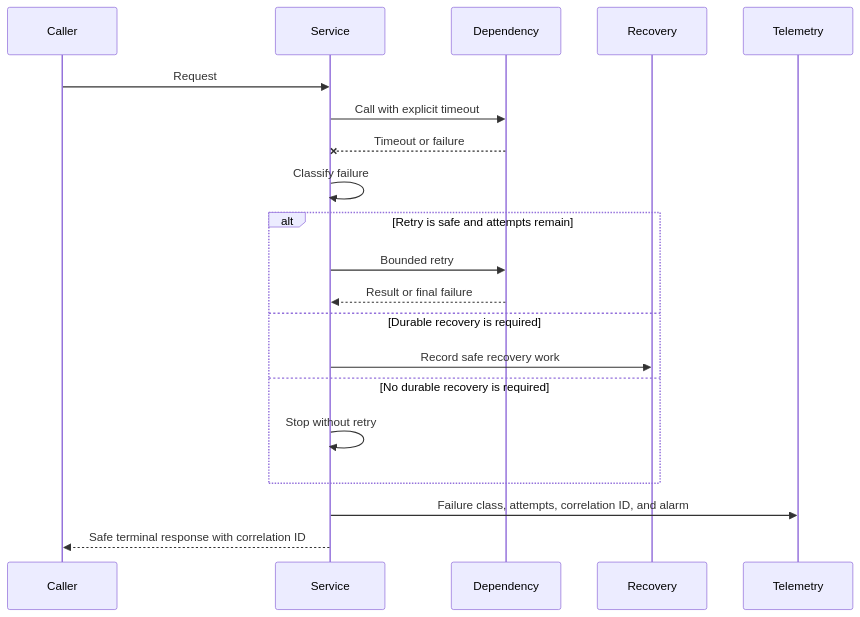
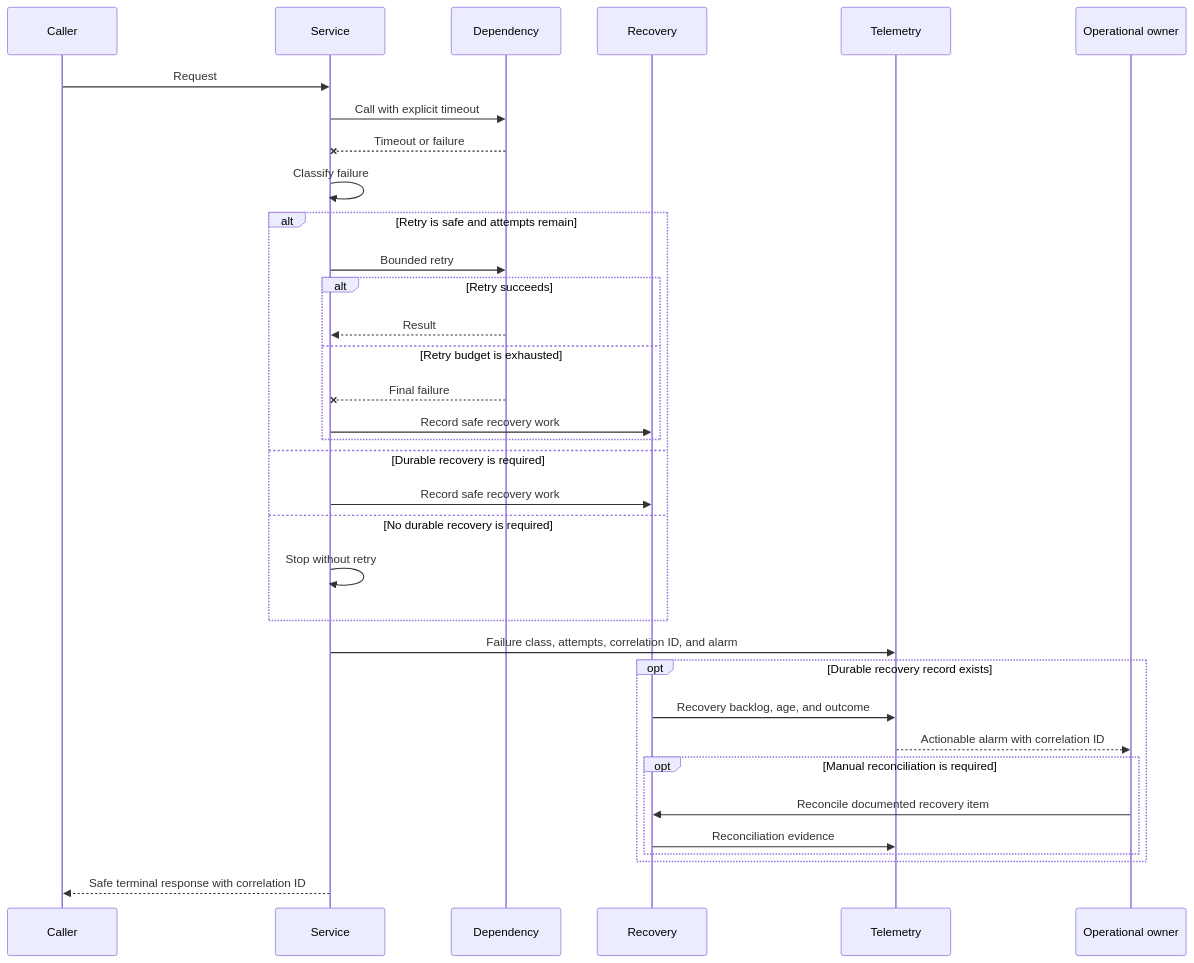
The fifth of 5 diagrams in docs/project/PRD.md (Levi-Breedlove/aws-bootstrap), drawn with Mermaid before and after one commit. The commit also changed other lines of this file and 9 other files, not shown here.

First line of the commit message:
docs: harden diagrams and property verification (#23)

````diff
--- a/docs/project/PRD.md
+++ b/docs/project/PRD.md
@@ -682,23 +722,37 @@
 ```mermaid
 sequenceDiagram
     participant Caller
     participant Service
     participant Dependency
     participant Recovery
     participant Telemetry
+    participant Owner as Operational owner
 
     Caller->>Service: Request
     Service->>Dependency: Call with explicit timeout
     Dependency--xService: Timeout or failure
     Service->>Service: Classify failure
     alt Retry is safe and attempts remain
         Service->>Dependency: Bounded retry
-        Dependency-->>Service: Result or final failure
+        alt Retry succeeds
+            Dependency-->>Service: Result
+        else Retry budget is exhausted
+            Dependency--xService: Final failure
+            Service->>Recovery: Record safe recovery work
+        end
     else Durable recovery is required
         Service->>Recovery: Record safe recovery work
     else No durable recovery is required
         Service->>Service: Stop without retry
     end
     Service->>Telemetry: Failure class, attempts, correlation ID, and alarm
+    opt Durable recovery record exists
+        Recovery->>Telemetry: Recovery backlog, age, and outcome
+        Telemetry-->>Owner: Actionable alarm with correlation ID
+        opt Manual reconciliation is required
+            Owner->>Recovery: Reconcile documented recovery item
+            Recovery->>Telemetry: Reconciliation evidence
+        end
+    end
     Service-->>Caller: Safe terminal response with correlation ID
 ```
````
